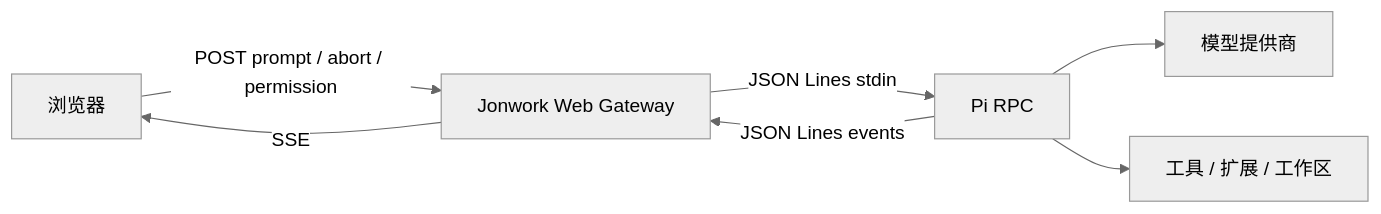
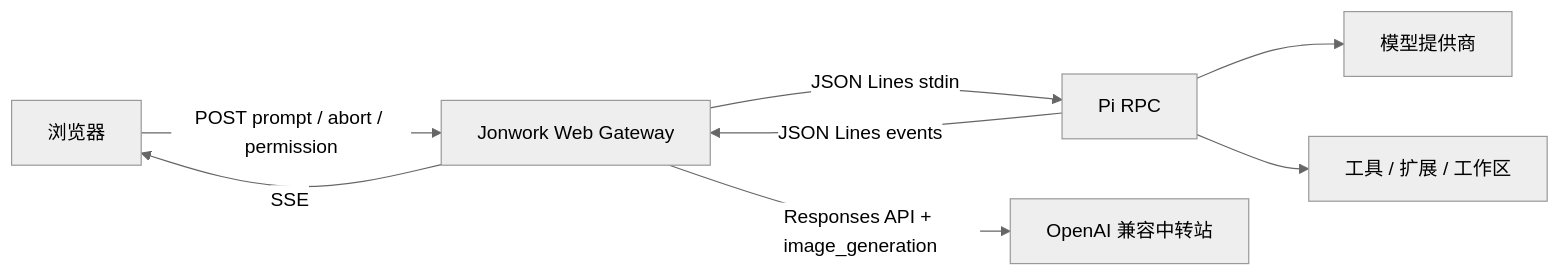
The first of 2 diagrams in packages/web/README.md (xiz2680/jonwork-pi), drawn with Mermaid (neutral theme) before and after one commit. The commit also changed other lines of this file and 7 other files, not shown here.

Commit message:
feat(web): add relay image generation

````diff
--- a/packages/web/README.md
+++ b/packages/web/README.md
@@ -7,9 +7,10 @@
 ```mermaid
 flowchart LR
   U[浏览器] -->|POST prompt / abort / permission| G[Jonwork Web Gateway]
   G -->|JSON Lines stdin| P[Pi RPC]
   P -->|JSON Lines events| G
   G -->|SSE| U
   P --> M[模型提供商]
   P --> T[工具 / 扩展 / 工作区]
+  G -->|Responses API + image_generation| R[OpenAI 兼容中转站]
 ```
````
